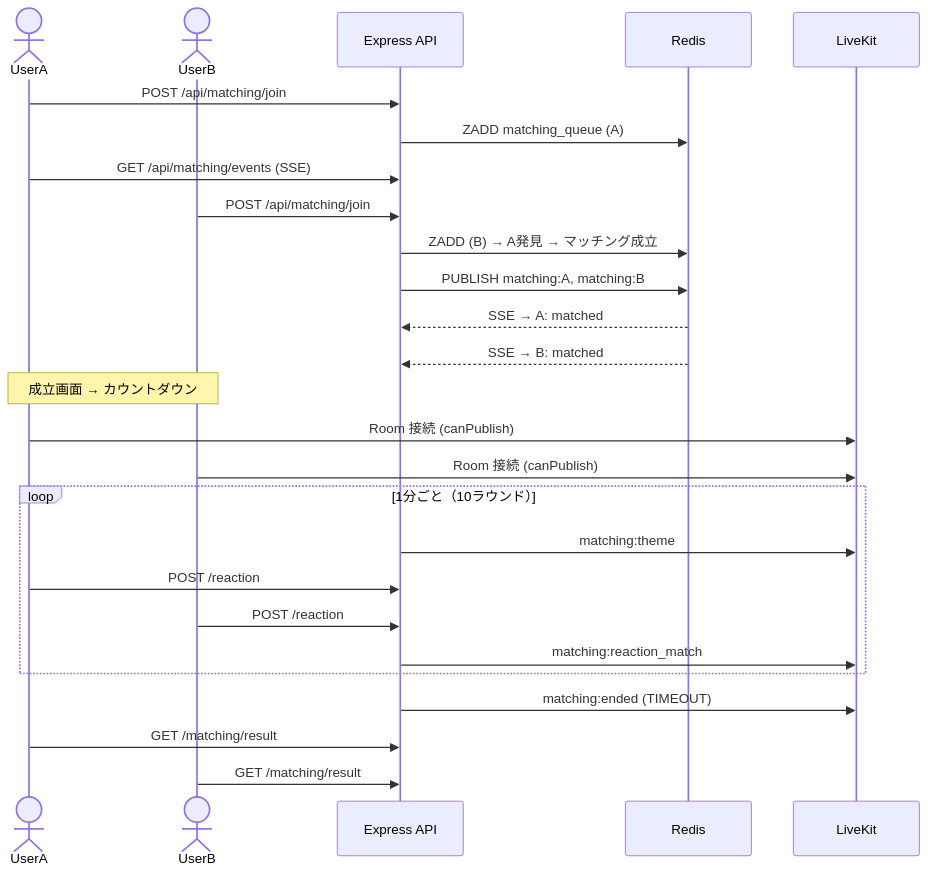
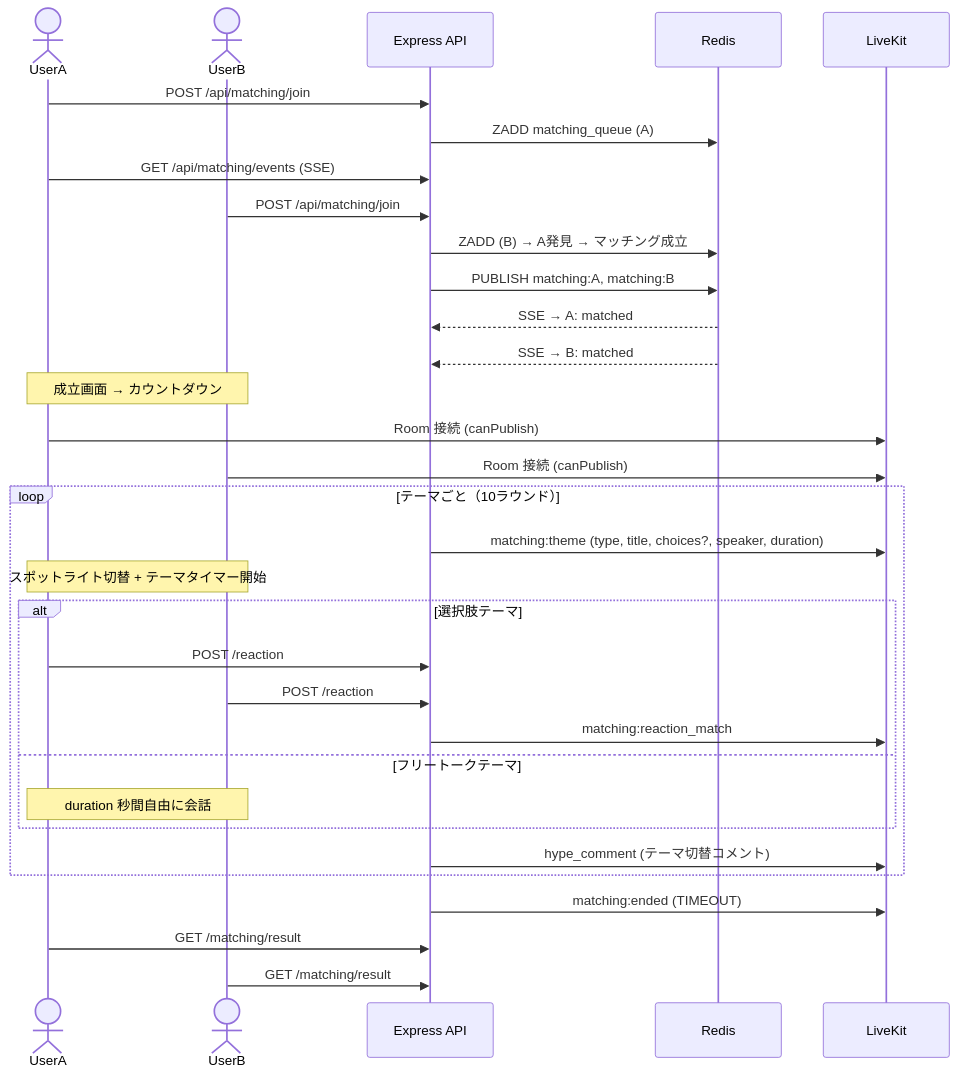
Before and after one commit to kentakki416/sns-battle: the second of 2 diagrams in docs/spec/matching/README.md, drawn with Mermaid. The commit also changed other lines of this file and 32 other files, not shown here.

````diff
--- a/docs/spec/matching/README.md
+++ b/docs/spec/matching/README.md
@@ -328,34 +673,40 @@
 ```mermaid
 sequenceDiagram
     actor A as UserA
     actor B as UserB
     participant API as Express API
     participant Redis
     participant LK as LiveKit
 
     A->>API: POST /api/matching/join
     API->>Redis: ZADD matching_queue (A)
     A->>API: GET /api/matching/events (SSE)
 
     B->>API: POST /api/matching/join
     API->>Redis: ZADD (B) → A発見 → マッチング成立
     API->>Redis: PUBLISH matching:A, matching:B
     Redis-->>API: SSE → A: matched
     Redis-->>API: SSE → B: matched
 
     Note over A,B: 成立画面 → カウントダウン
 
     A->>LK: Room 接続 (canPublish)
     B->>LK: Room 接続 (canPublish)
 
-    loop 1分ごと（10ラウンド）
-        API->>LK: matching:theme
-        A->>API: POST /reaction
-        B->>API: POST /reaction
-        API->>LK: matching:reaction_match
+    loop テーマごと（10ラウンド）
+        API->>LK: matching:theme (type, title, choices?, speaker, duration)
+        Note over A,B: スポットライト切替 + テーマタイマー開始
+        alt 選択肢テーマ
+            A->>API: POST /reaction
+            B->>API: POST /reaction
+            API->>LK: matching:reaction_match
+        else フリートークテーマ
+            Note over A,B: duration 秒間自由に会話
+        end
+        API->>LK: hype_comment (テーマ切替コメント)
     end
 
     API->>LK: matching:ended (TIMEOUT)
     A->>API: GET /matching/result
     B->>API: GET /matching/result
 ```
````
